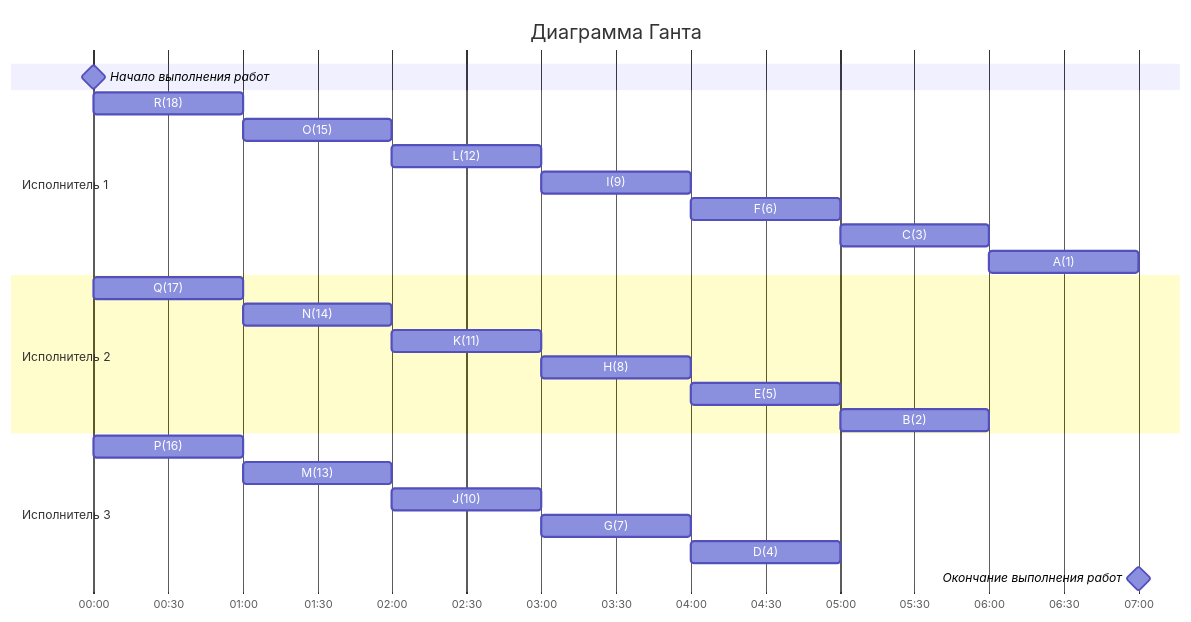
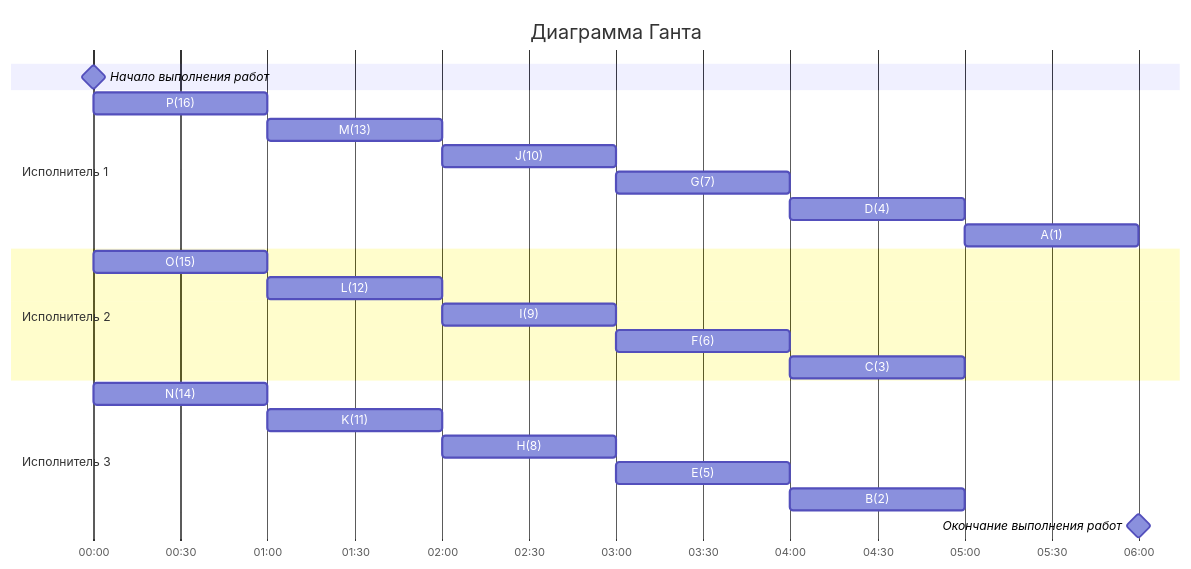
Before and after one commit to HSE-algo-23-crow/manual_tasks: the third of 3 diagrams in task_9/altyn_task_9.md, drawn with Mermaid. The commit also changed other lines of this file, not shown here.

````diff
--- a/task_9/altyn_task_9.md
+++ b/task_9/altyn_task_9.md
@@ -108,29 +54,27 @@
 ```mermaid
 gantt
 title Диаграмма Ганта
 dateFormat HH:mm
 axisFormat %H:%M
 Начало выполнения работ : milestone, m1, 00:00, 0h
 section Исполнитель 1
-R(18) :a1, 00:00, 1h
-O(15) :a2, after a1, 1h
-L(12) :a3, after a2, 1h
-I(9) :a4, after a3, 1h
-F(6) :a5, after a4, 1h
-C(3) :a6, after a5, 1h
-A(1) :a7, after a6, 1h
+P(16) :a1, 00:00, 1h
+M(13) :a2, after a1, 1h
+J(10) :a3, after a2, 1h
+G(7) :a4, after a3, 1h
+D(4) :a5, after a4, 1h
+A(1) :a6, after a5, 1h
 section Исполнитель 2
-Q(17) :b1, 00:00, 1h
-N(14) :b2, after b1, 1h
-K(11) :b3, after b2, 1h
-H(8) :b4, after b3, 1h
-E(5) :b5, after b4, 1h
-B(2) :b6, after b5, 1h
+O(15) :b1, 00:00, 1h
+L(12) :b2, after b1, 1h
+I(9) :b3, after b2, 1h
+F(6) :b4, after b3, 1h
+C(3) :b5, after b4, 1h
 section Исполнитель 3
-P(16) :c1, 00:00, 1h
-M(13) :c2, after c1, 1h
-J(10) :c3, after c2, 1h
-G(7) :c4, after c3, 1h
-D(4) :c5, after c4, 1h
-Окончание выполнения работ : milestone, m2, 07:00, 0h
+N(14) :c1, 00:00, 1h
+K(11) :c2, after c1, 1h
+H(8) :c3, after c2, 1h
+E(5) :c4, after c3, 1h
+B(2) :c5, after c4, 1h
+Окончание выполнения работ : milestone, a6, 06:00, 0h
 ```
````
